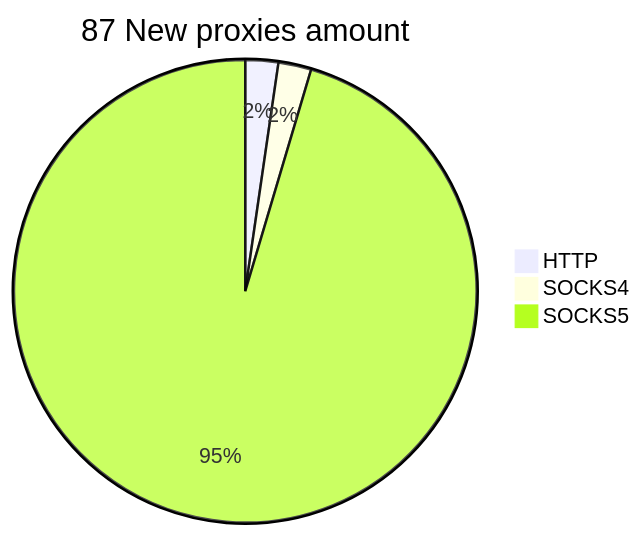
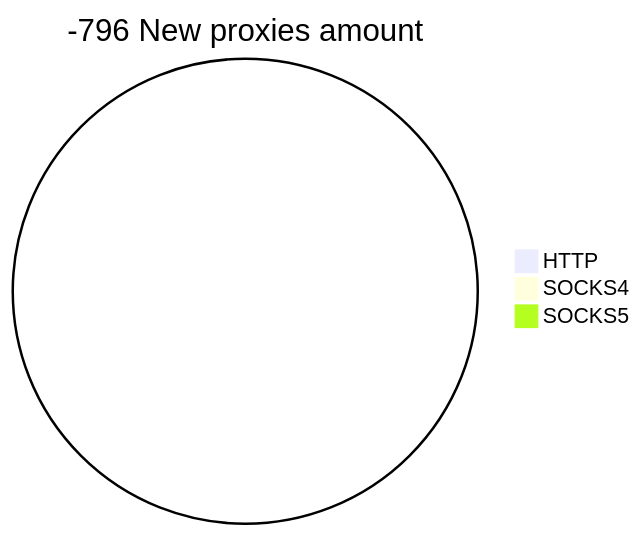
The second of 2 diagrams in README.md (cutipu/proxylist), drawn with Mermaid before and after one commit. The commit also changed other lines of this file, not shown here.

````diff
--- a/README.md
+++ b/README.md
@@ -10,6 +10,6 @@
 ```mermaid
-pie title 87 New proxies amount
-    "HTTP" : 2
-    "SOCKS4" : 2
-    "SOCKS5" : 83
+pie title -796 New proxies amount
+    "HTTP" : 0
+    "SOCKS4" : 0
+    "SOCKS5" : 0
 ```
````
